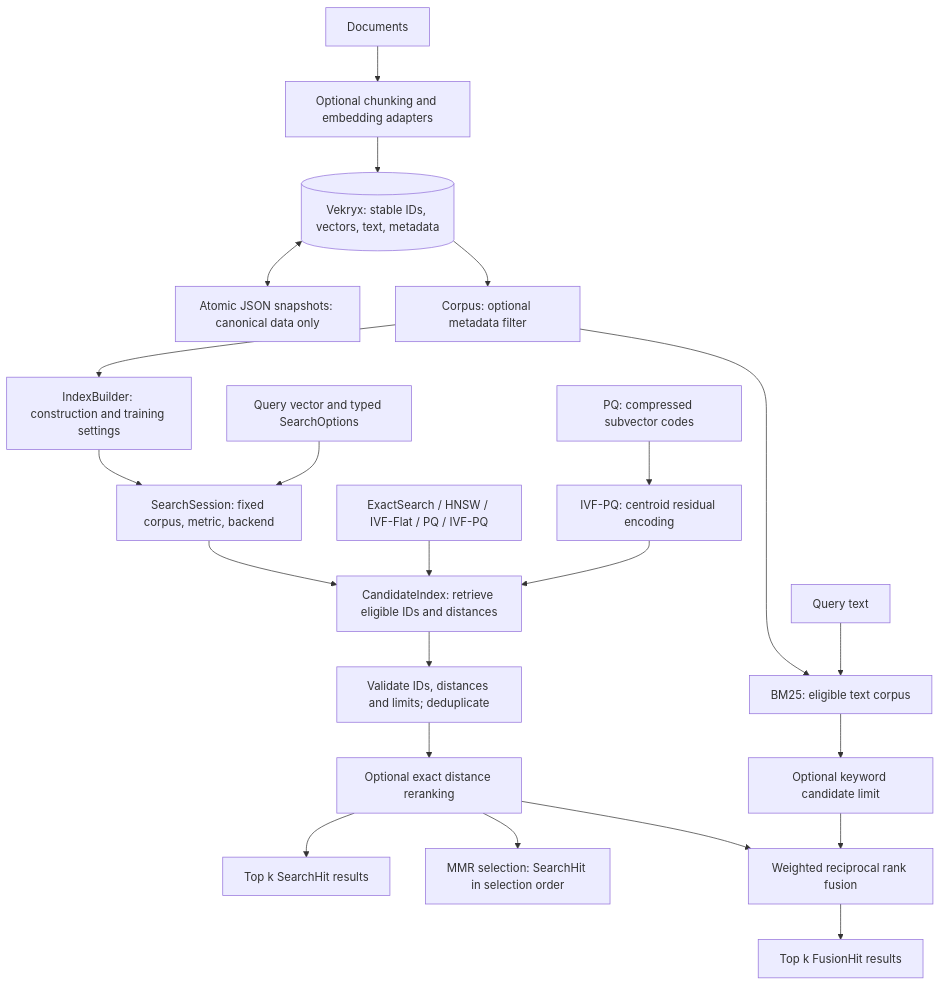
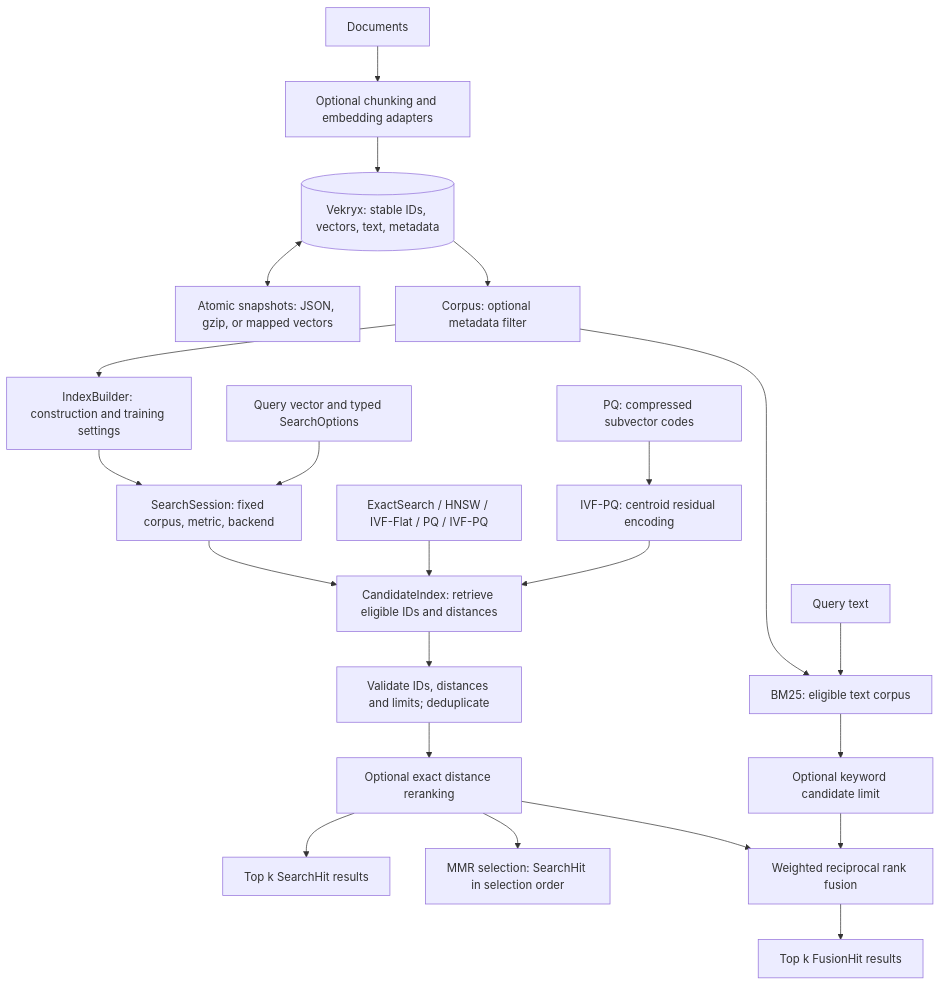
One commit to SuleymanSuleymanzade/Vekryx changed the first of 2 diagrams in README.md. Above: the diagram before and after it, drawn with Mermaid. The commit also changed other lines of this file and 11 other files, not shown here.

Commit message:
Add compressed JSON and memory-mapped snapshots

````diff
--- a/README.md
+++ b/README.md
@@ -225,24 +225,24 @@
 ```mermaid
 flowchart TD
     D[Documents] --> C[Optional chunking and embedding adapters]
     C --> S[(Vekryx: stable IDs, vectors, text, metadata)]
-    S <--> P[Atomic JSON snapshots: canonical data only]
+    S <--> P[Atomic snapshots: JSON, gzip, or mapped vectors]
     S --> F[Corpus: optional metadata filter]
     F --> B[IndexBuilder: construction and training settings]
     B --> I[SearchSession: fixed corpus, metric, backend]
     Q[Query vector and typed SearchOptions] --> I
     I --> R[CandidateIndex: retrieve eligible IDs and distances]
     EX[ExactSearch / HNSW / IVF-Flat / PQ / IVF-PQ] --> R
     PQ[PQ: compressed subvector codes] --> IP[IVF-PQ: centroid residual encoding]
     IP --> R
     R --> V[Validate IDs, distances and limits; deduplicate]
     V --> E[Optional exact distance reranking]
     E --> K[Top k SearchHit results]
     E --> M[MMR selection: SearchHit in selection order]
     E --> H[Weighted reciprocal rank fusion]
     F --> BM[BM25: eligible text corpus]
     T[Query text] --> BM
     BM --> L[Optional keyword candidate limit]
     L --> H
     H --> FH[Top k FusionHit results]
 ```
````
